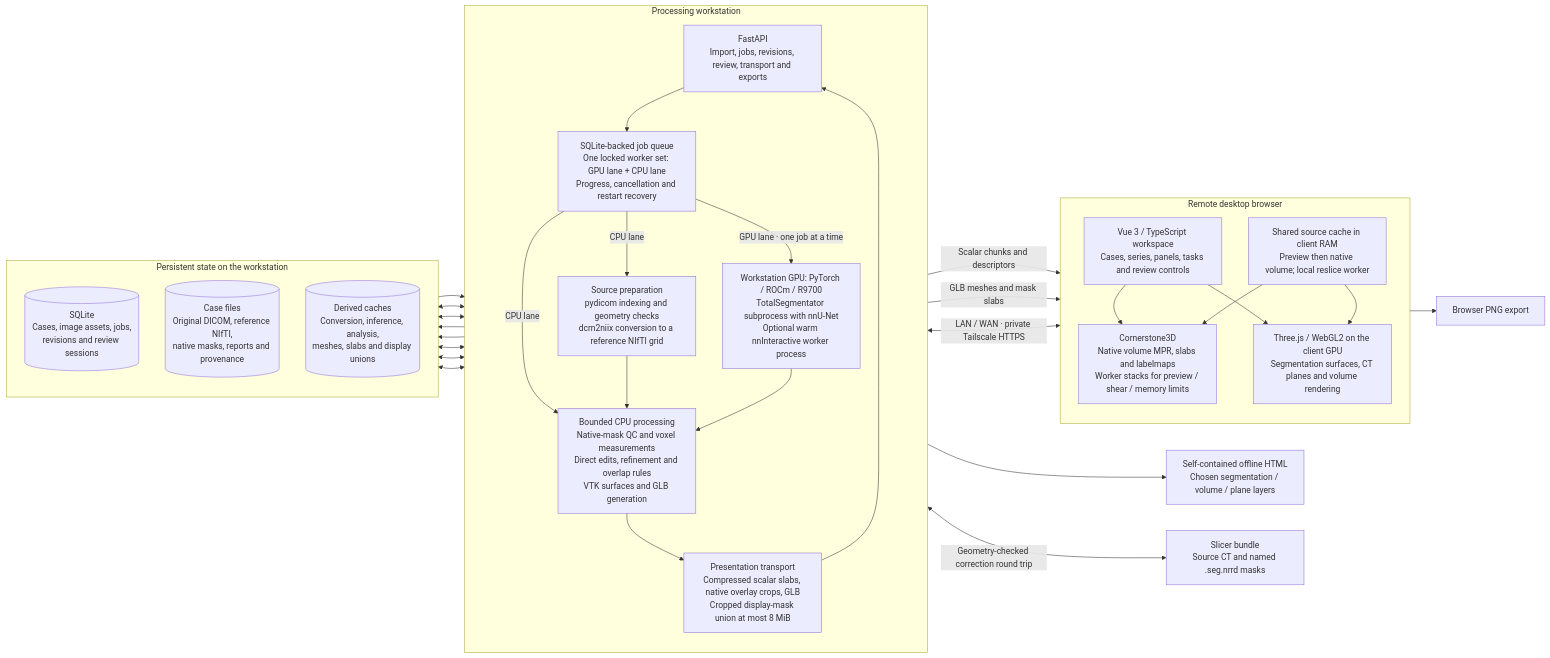
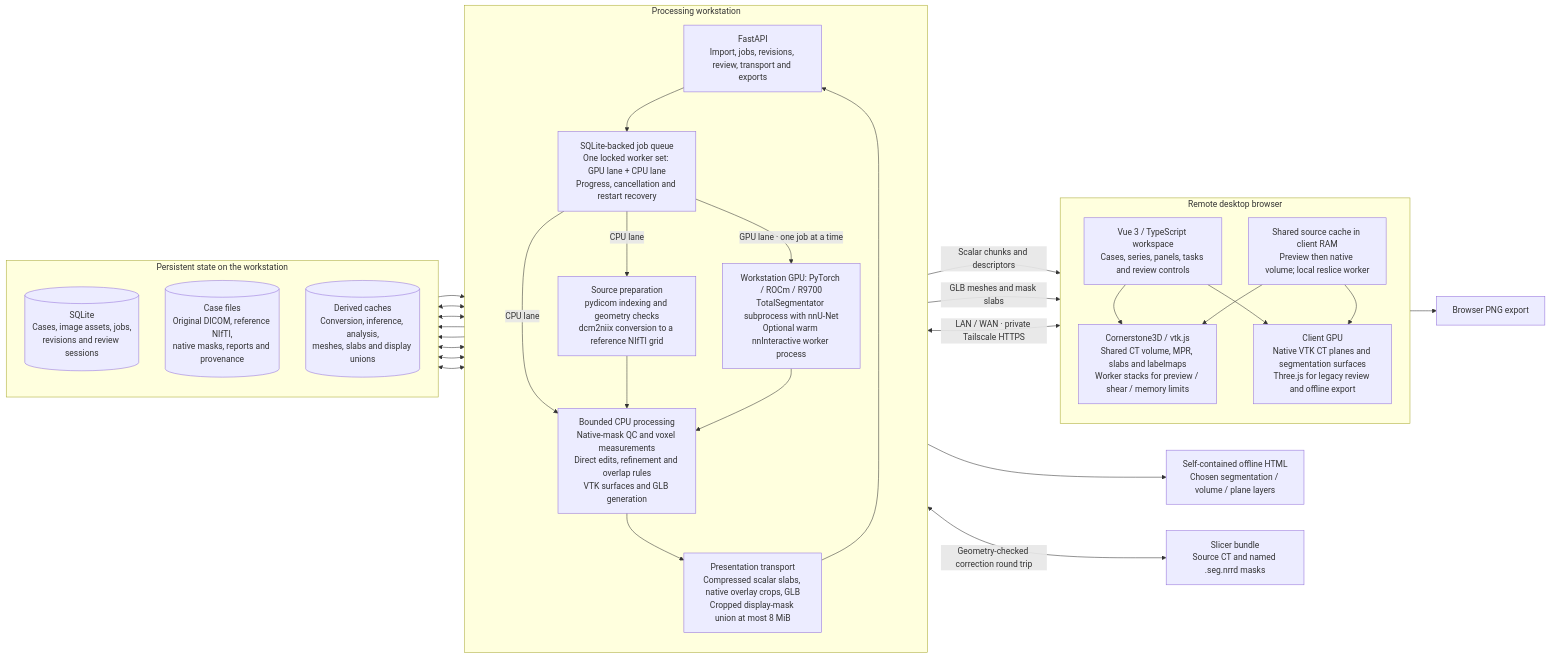
Before and after one commit to Truth129/3DScan: the first of 3 diagrams in docs/ARCHITECTURE.md, drawn with Mermaid. The commit also changed other lines of this file and 28 other files, not shown here.

Commit message:
Make shared Cornerstone3D the primary CT volume viewer

````diff
--- a/docs/ARCHITECTURE.md
+++ b/docs/ARCHITECTURE.md
@@ -28,55 +28,55 @@
 ```mermaid
 flowchart LR
   subgraph CLIENT["Remote desktop browser"]
     direction TB
     UI["Vue 3 / TypeScript workspace<br/>Cases, series, panels, tasks and review controls"]
     RAM["Shared source cache in client RAM<br/>Preview then native volume; local reslice worker"]
-    CT["Cornerstone3D<br/>Native volume MPR, slabs and labelmaps<br/>Worker stacks for preview / shear / memory limits"]
-    WEBGL["Three.js / WebGL2 on the client GPU<br/>Segmentation surfaces, CT planes and volume rendering"]
+    CT["Cornerstone3D / vtk.js<br/>Shared CT volume, MPR, slabs and labelmaps<br/>Worker stacks for preview / shear / memory limits"]
+    WEBGL["Client GPU<br/>Native VTK CT planes and segmentation surfaces<br/>Three.js for legacy review and offline export"]
     UI --> CT
     UI --> WEBGL
     RAM --> CT
     RAM --> WEBGL
   end
 
   subgraph HOST["Processing workstation"]
     direction TB
     API["FastAPI<br/>Import, jobs, revisions, review, transport and exports"]
     QUEUE["SQLite-backed job queue<br/>One locked worker set: GPU lane + CPU lane<br/>Progress, cancellation and restart recovery"]
     PREP["Source preparation<br/>pydicom indexing and geometry checks<br/>dcm2niix conversion to a reference NIfTI grid"]
     GPU["Workstation GPU: PyTorch / ROCm / R9700<br/>TotalSegmentator subprocess with nnU-Net<br/>Optional warm nnInteractive worker process"]
     CPU["Bounded CPU processing<br/>Native-mask QC and voxel measurements<br/>Direct edits, refinement and overlap rules<br/>VTK surfaces and GLB generation"]
     TRANSPORT["Presentation transport<br/>Compressed scalar slabs, native overlay crops, GLB<br/>Cropped display-mask union at most 8 MiB"]
     API --> QUEUE
     QUEUE -->|"CPU lane"| PREP
     QUEUE -->|"GPU lane · one job at a time"| GPU
     QUEUE -->|"CPU lane"| CPU
     PREP --> CPU
     GPU --> CPU
     CPU --> TRANSPORT
     TRANSPORT --> API
   end
 
   subgraph STATE["Persistent state on the workstation"]
     direction TB
     DB[("SQLite<br/>Cases, image assets, jobs,<br/>revisions and review sessions")]
     FILES[("Case files<br/>Original DICOM, reference NIfTI,<br/>native masks, reports and provenance")]
     CACHE[("Derived caches<br/>Conversion, inference, analysis,<br/>meshes, slabs and display unions")]
   end
 
   UI <-->|"LAN / WAN · private Tailscale HTTPS"| API
   API -->|"Scalar chunks and descriptors"| RAM
   API -->|"GLB meshes and mask slabs"| WEBGL
   API <--> DB
   QUEUE <--> DB
   PREP --> FILES
   CPU --> FILES
   FILES --> TRANSPORT
   CPU <--> CACHE
   GPU <--> CACHE
   TRANSPORT <--> CACHE
 
   API --> HTML["Self-contained offline HTML<br/>Chosen segmentation / volume / plane layers"]
   API <-->|"Geometry-checked correction round trip"| SLICER["Slicer bundle<br/>Source CT and named .seg.nrrd masks"]
   WEBGL --> PNG["Browser PNG export"]
 ```
````
